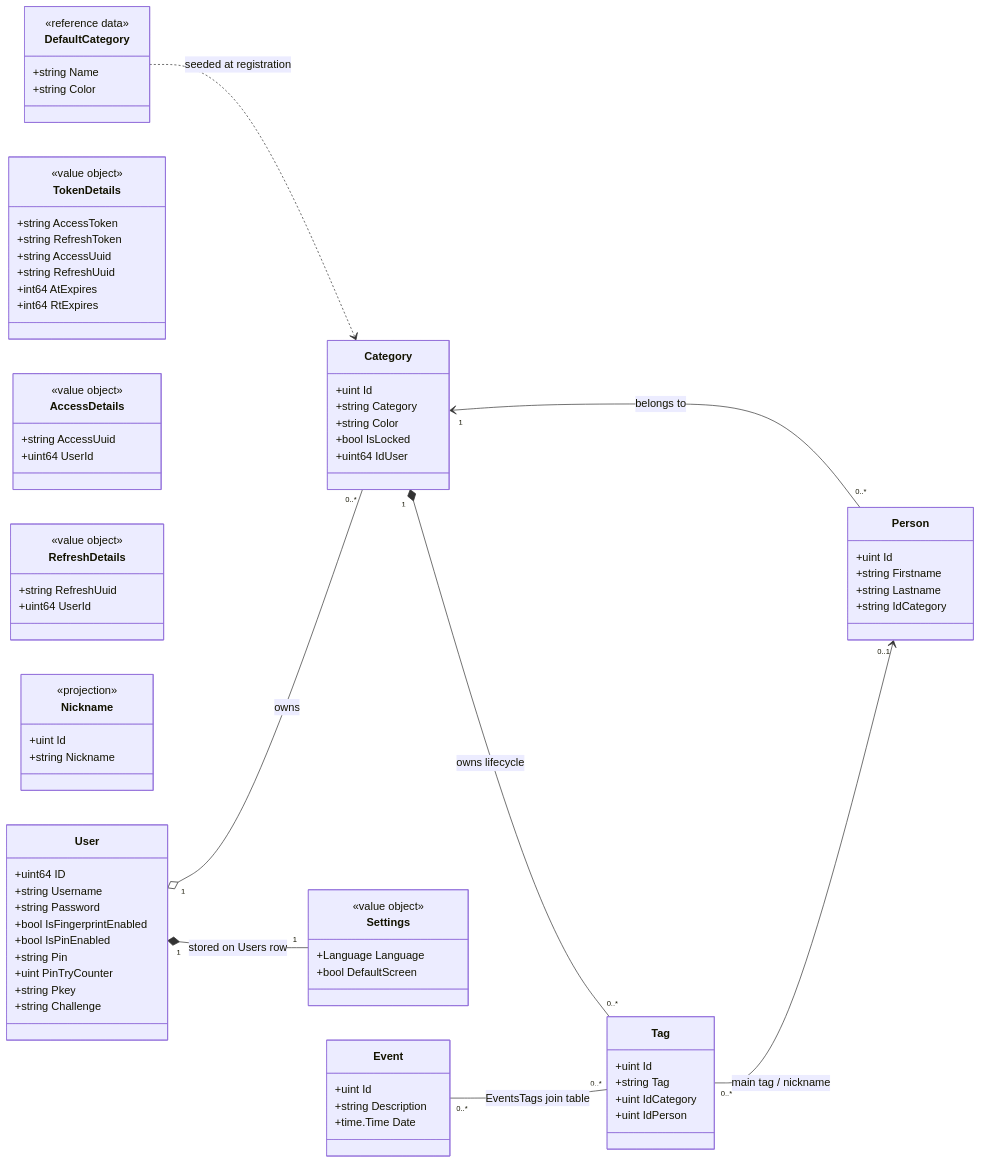
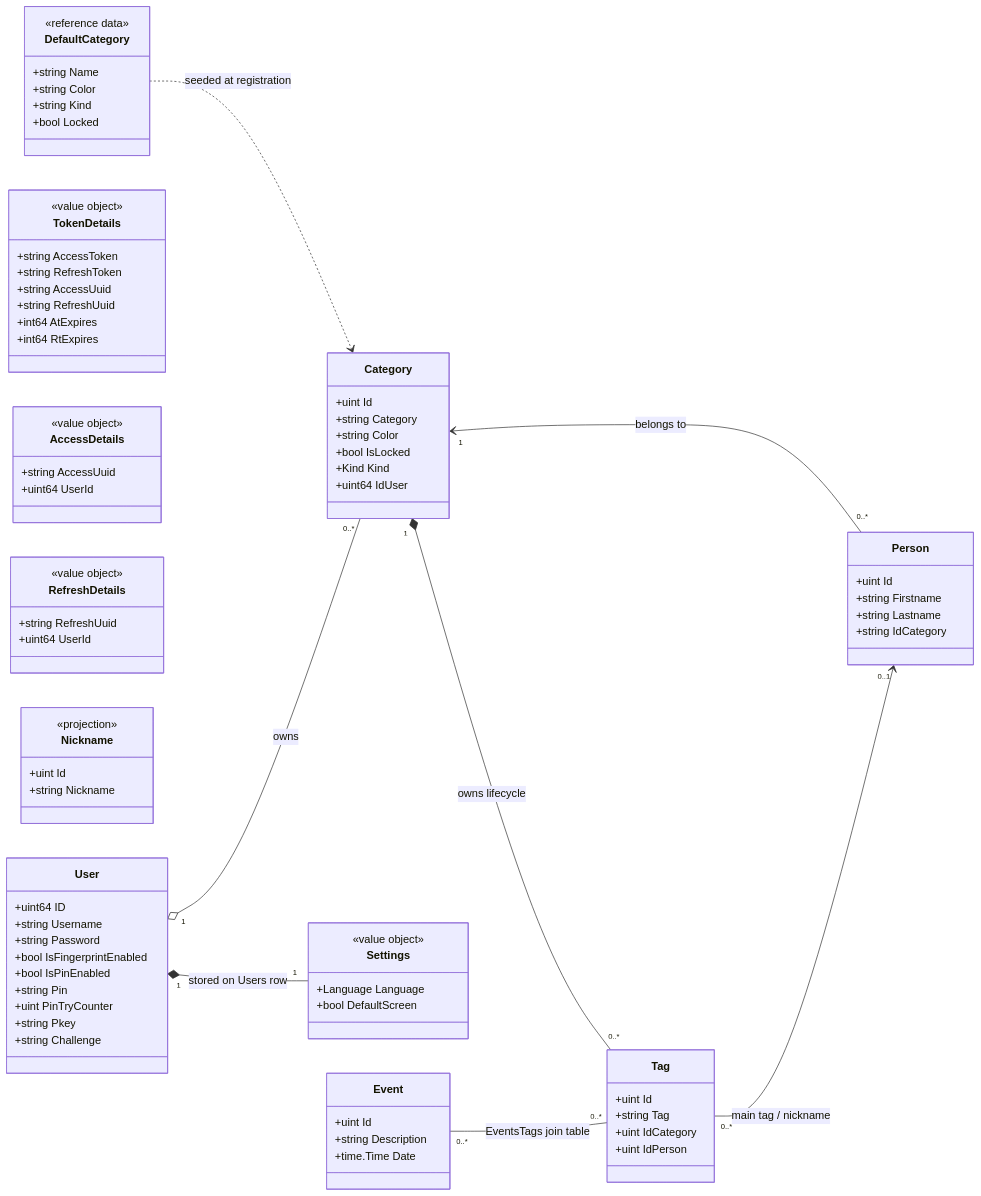
The diagram in homl-web/docs/domain-model.md (alkariin/homl), drawn with Mermaid before and after one commit. The commit also changed other lines of this file and 2 other files, not shown here.

```diff
--- a/homl-web/docs/domain-model.md
+++ b/homl-web/docs/domain-model.md
@@ -58,6 +58,7 @@
         +string Category
         +string Color
         +bool IsLocked
+        +Kind Kind
         +uint64 IdUser
     }
     class Tag {
@@ -92,6 +93,8 @@
         <<reference data>>
         +string Name
         +string Color
+        +string Kind
+        +bool Locked
     }
 
     User "1" *-- "1" Settings : stored on Users row
```
